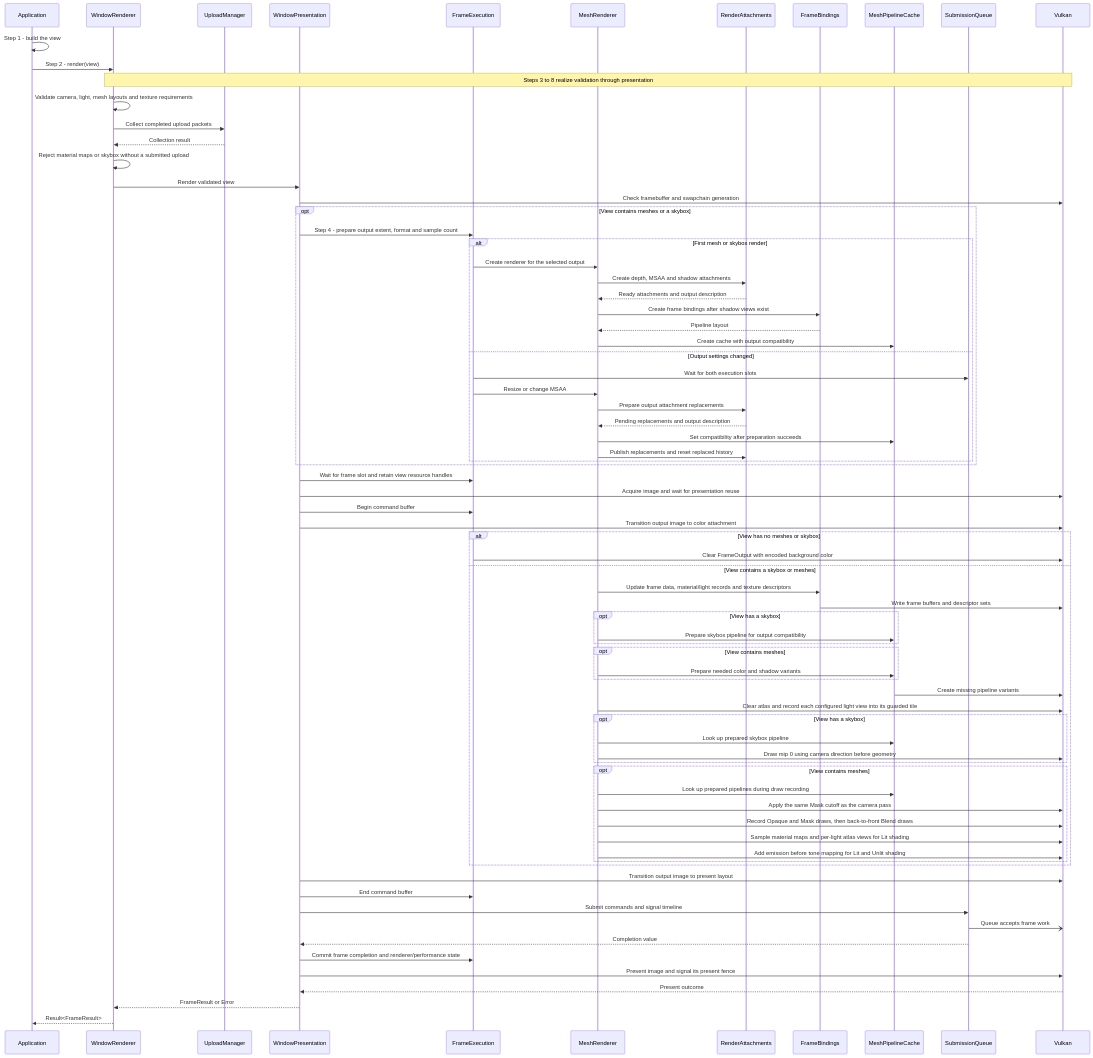
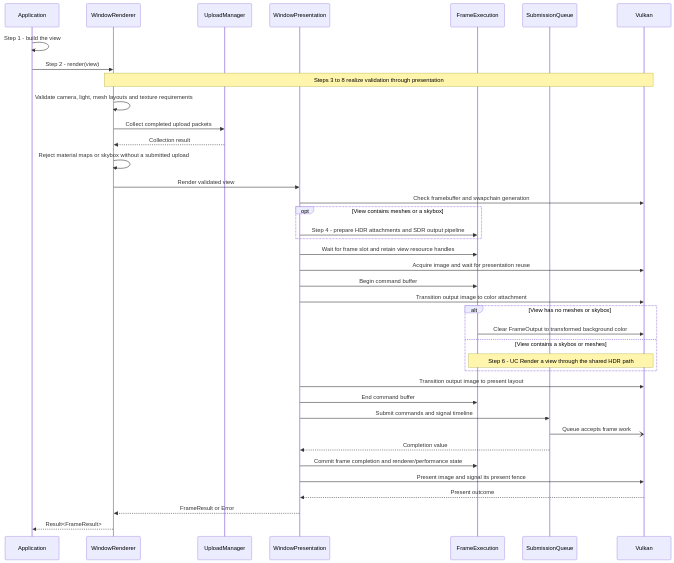
The diagram in docs/use-cases/render-view.md (a-soltysik/Panda), drawn with Mermaid before and after one commit. The commit also changed other lines of this file and 41 other files, not shown here.

First line of the commit message:
Add a shared HDR render path for window and offscreen views (#139)

````diff
--- a/docs/use-cases/render-view.md
+++ b/docs/use-cases/render-view.md
@@ -140,80 +120,41 @@
 ```mermaid
 sequenceDiagram
     participant A as Application
     participant W as WindowRenderer
     participant U as UploadManager
     participant P as WindowPresentation
     participant E as FrameExecution
-    participant R as MeshRenderer
-    participant RA as RenderAttachments
-    participant B as FrameBindings
-    participant K as MeshPipelineCache
     participant Q as SubmissionQueue
     participant V as Vulkan
     A ->> A: Step 1 - build the view
     A ->> W: Step 2 - render(view)
     Note over W, V: Steps 3 to 8 realize validation through presentation
     W ->> W: Validate camera, light, mesh layouts and texture requirements
     W ->> U: Collect completed upload packets
     U -->> W: Collection result
     W ->> W: Reject material maps or skybox without a submitted upload
     W ->> P: Render validated view
     P ->> V: Check framebuffer and swapchain generation
     opt View contains meshes or a skybox
-        P ->> E: Step 4 - prepare output extent, format and sample count
-        alt First mesh or skybox render
-            E ->> R: Create renderer for the selected output
-            R ->> RA: Create depth, MSAA and shadow attachments
-            RA -->> R: Ready attachments and output description
-            R ->> B: Create frame bindings after shadow views exist
-            B -->> R: Pipeline layout
-            R ->> K: Create cache with output compatibility
-        else Output settings changed
-            E ->> Q: Wait for both execution slots
-            E ->> R: Resize or change MSAA
-            R ->> RA: Prepare output attachment replacements
-            RA -->> R: Pending replacements and output description
-            R ->> K: Set compatibility after preparation succeeds
-            R ->> RA: Publish replacements and reset replaced history
-        end
+        P ->> E: Step 4 - prepare HDR attachments and SDR output pipeline
     end
     P ->> E: Wait for frame slot and retain view resource handles
     P ->> V: Acquire image and wait for presentation reuse
     P ->> E: Begin command buffer
     P ->> V: Transition output image to color attachment
     alt View has no meshes or skybox
-        E ->> V: Clear FrameOutput with encoded background color
+        E ->> V: Clear FrameOutput to transformed background color
     else View contains a skybox or meshes
-        R ->> B: Update frame data, material/light records and texture descriptors
-        B ->> V: Write frame buffers and descriptor sets
-        opt View has a skybox
-            R ->> K: Prepare skybox pipeline for output compatibility
-        end
-        opt View contains meshes
-            R ->> K: Prepare needed color and shadow variants
-        end
-        K ->> V: Create missing pipeline variants
-        R ->> V: Clear atlas and record each configured light view into its guarded tile
-        opt View has a skybox
-            R ->> K: Look up prepared skybox pipeline
-            R ->> V: Draw mip 0 using camera direction before geometry
-        end
-        opt View contains meshes
-            R ->> K: Look up prepared pipelines during draw recording
-            R ->> V: Apply the same Mask cutoff as the camera pass
-            R ->> V: Record Opaque and Mask draws, then back-to-front Blend draws
-            R ->> V: Sample material maps and per-light atlas views for Lit shading
-            R ->> V: Add emission before tone mapping for Lit and Unlit shading
-        end
+        Note over E, V: Step 6 - UC Render a view through the shared HDR path
     end
     P ->> V: Transition output image to present layout
     P ->> E: End command buffer
     P ->> Q: Submit commands and signal timeline
     Q -) V: Queue accepts frame work
     Q -->> P: Completion value
     P ->> E: Commit frame completion and renderer/performance state
     P ->> V: Present image and signal its present fence
     V -->> P: Present outcome
     P -->> W: FrameResult or Error
     W -->> A: Result<FrameResult>
 ```
````
